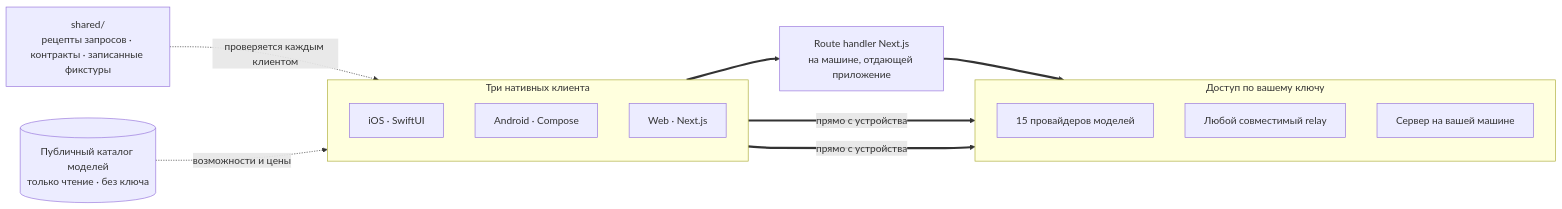
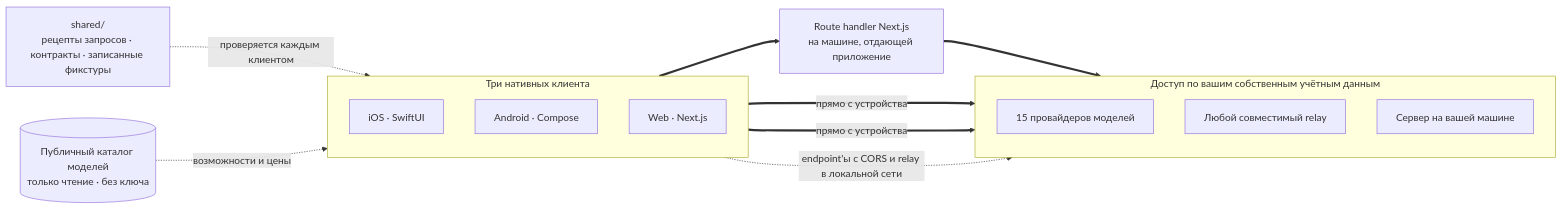
One commit to oriveo/oriveo changed the diagram in readme_i18n/ru/README.md. Above: the diagram before and after it, drawn with Mermaid. The commit also changed other lines of this file and 89 other files, not shown here.

````diff
--- a/readme_i18n/ru/README.md
+++ b/readme_i18n/ru/README.md
@@ -187,26 +194,27 @@
 ```mermaid
 flowchart LR
     shared["shared/<br/>рецепты запросов · контракты · записанные фикстуры"]
 
     subgraph clients ["Три нативных клиента"]
         direction TB
         ios["iOS · SwiftUI"]
         android["Android · Compose"]
         web["Web · Next.js"]
     end
 
     route["Route handler Next.js<br/>на машине, отдающей приложение"]
 
-    subgraph upstream ["Доступ по вашему ключу"]
+    subgraph upstream ["Доступ по вашим собственным учётным данным"]
         official["15 провайдеров моделей"]
         relay["Любой совместимый relay"]
         local["Сервер на вашей машине"]
     end
 
     catalog[("Публичный каталог моделей<br/>только чтение · без ключа")]
 
     shared -.->|"проверяется каждым клиентом"| clients
     catalog -.->|"возможности и цены"| clients
     ios & android ==>|"прямо с устройства"| upstream
     web ==> route ==> upstream
+    web -.->|"endpoint'ы с CORS и relay в локальной сети"| upstream
 ```
````
